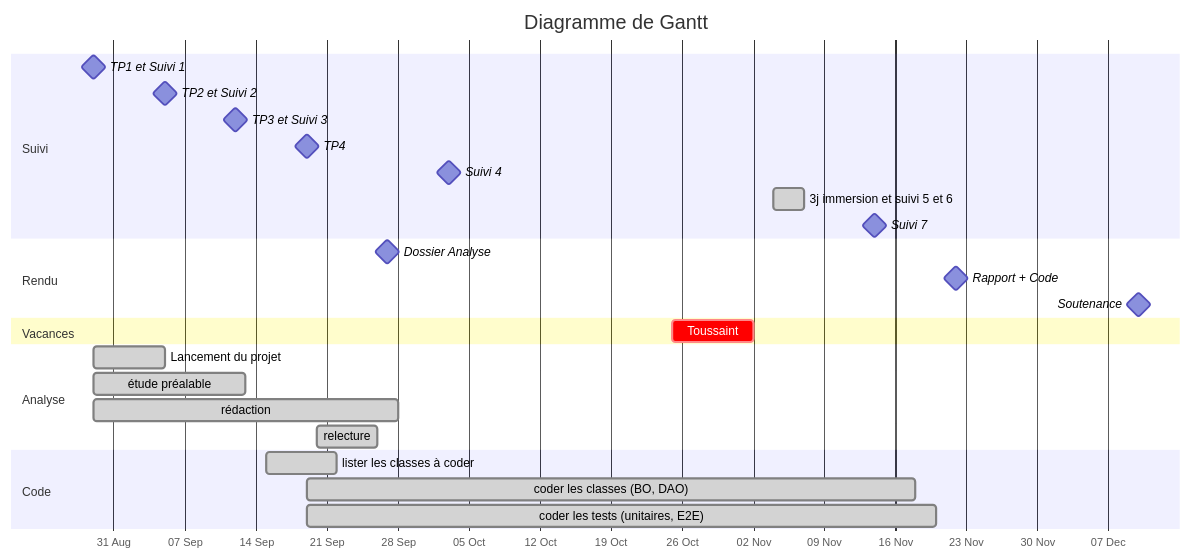
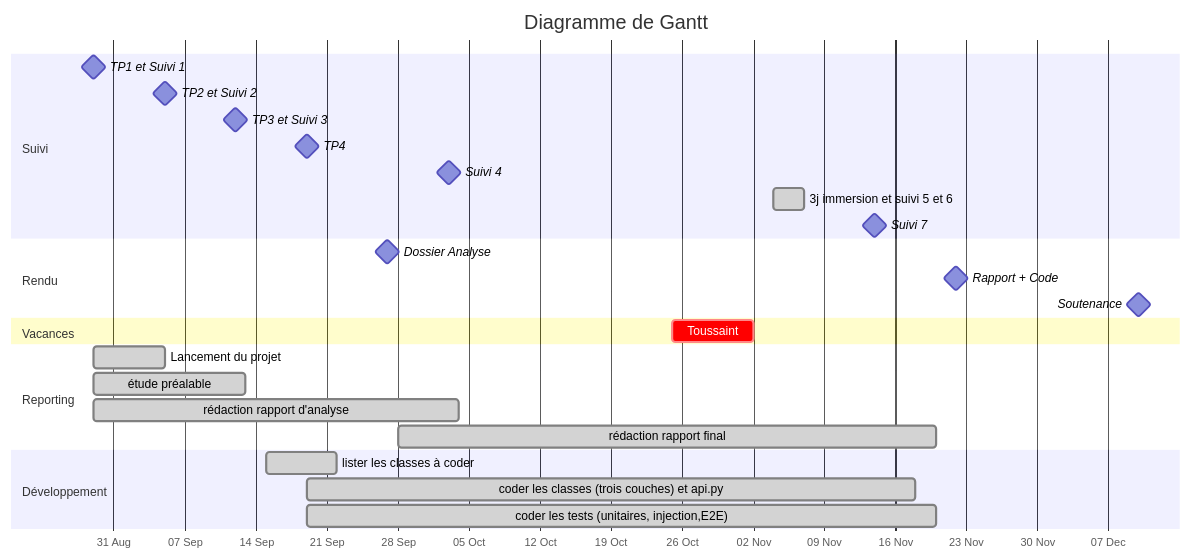
Before and after one commit to tomdtd/ENSAI-2A-projet-info-Albane-Tom-Neville-Floraline: the diagram in doc/suivi.md, drawn with Mermaid.

Commit message:
update diagramme de Gantt

````diff
--- a/doc/suivi.md
+++ b/doc/suivi.md
@@ -16,36 +16,35 @@
 ```mermaid
 gantt
     %% doc : https://mermaid-js.github.io/mermaid/#/./gantt
     dateFormat  YYYY-MM-DD
     axisFormat  %d %b
     title       Diagramme de Gantt
     %%excludes  YYYY-MM-DD and/or sunday and/or weekends 
      
     section Suivi
     TP1 et Suivi 1               :milestone, 2025-08-29,
     TP2 et Suivi 2               :milestone, 2025-09-05,
     TP3 et Suivi 3               :milestone, 2025-09-12,
     TP4                          :milestone, 2025-09-19,
     Suivi 4                      :milestone, 2025-10-03,
     3j immersion et suivi 5 et 6 :done,    2025-11-04, 3d
     Suivi 7                      :milestone, 2025-11-14,
     
     section Rendu
     Dossier Analyse              :milestone, 2025-09-27,
     Rapport + Code               :milestone, 2025-11-22,
     Soutenance                   :milestone, 2025-12-10,
     
     section Vacances
     Toussaint                    :crit,    2025-10-25, 2025-11-02
     
-    section Analyse
+    section Reporting
     Lancement du projet          :done,      2025-08-29, 7d
     étude préalable              :done,    2025-08-29, 15d
-    rédaction                    :done,    2025-08-29, 30d
-    relecture                    :done,    2025-09-20, 6d
-    
-    section Code
+    rédaction rapport d'analyse                   :done,    2025-08-29, 36d
+    rédaction rapport final                 :done,    2025-09-28, 53d
+    section Développement
     lister les classes à coder   :done,    2025-09-15, 7d
-    coder les classes (BO, DAO)    :done,    2025-09-19, 60d
-    coder les tests (unitaires, E2E)    :done,    2025-09-19, 62d
+    coder les classes (trois couches) et api.py  :done,    2025-09-19, 60d
+    coder les tests (unitaires, injection,E2E)    :done,    2025-09-19, 62d
 ```
````
